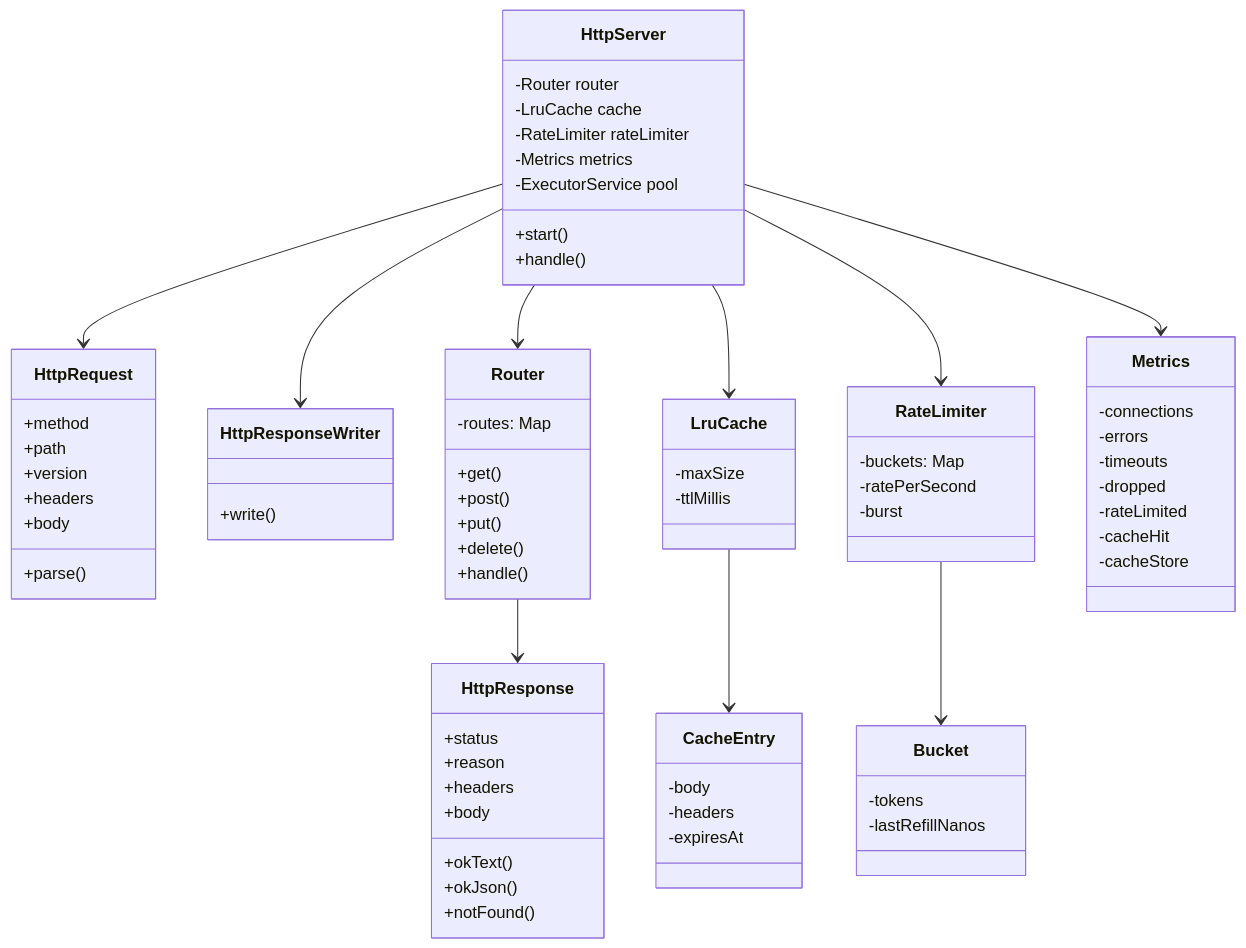
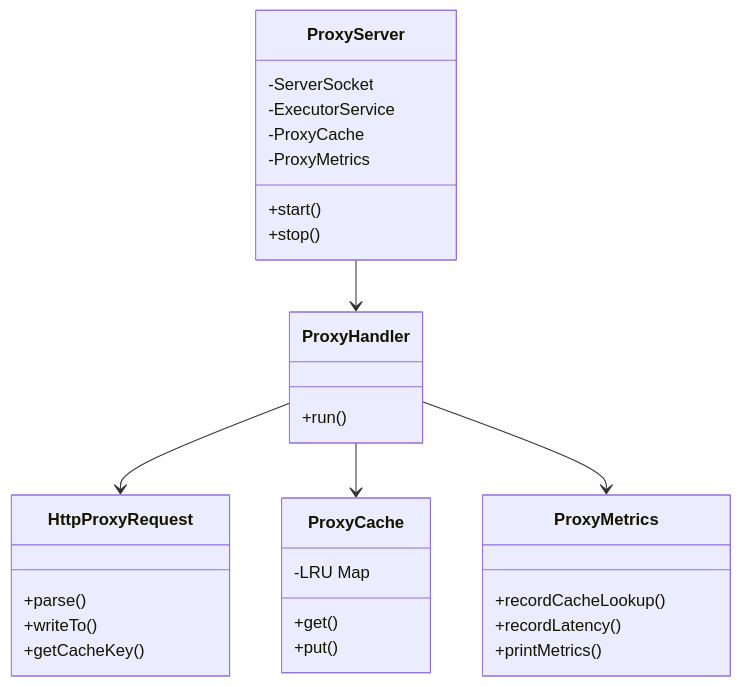
The second of 2 diagrams in readme.md (Sumit-22/Multithreaded-Proxy-Server), drawn with Mermaid before and after one commit. The commit also changed other lines of this file, not shown here.

````diff
--- a/readme.md
+++ b/readme.md
@@ -119,88 +176,38 @@
 ```mermaid
 classDiagram
-
-    class HttpServer{
+    class ProxyServer {
+        -ServerSocket
+        -ExecutorService
+        -ProxyCache
+        -ProxyMetrics
         +start()
-        +handle()
-        -Router router
-        -LruCache cache
-        -RateLimiter rateLimiter
-        -Metrics metrics
-        -ExecutorService pool
+        +stop()
     }
 
-    class HttpRequest{
-        +method
-        +path
-        +version
-        +headers
-        +body
-        +parse()
+    class ProxyHandler {
+        +run()
     }
 
-    class HttpResponse{
-        +status
-        +reason
-        +headers
-        +body
-        +okText()
-        +okJson()
-        +notFound()
+    class HttpProxyRequest {
+        +parse()
+        +writeTo()
+        +getCacheKey()
     }
 
-    class HttpResponseWriter{
-        +write()
+    class ProxyCache {
+        -LRU Map
+        +get()
+        +put()
     }
 
-    class Router{
-        -routes: Map
-        +get()
-        +post()
-        +put()
-        +delete()
-        +handle()
+    class ProxyMetrics {
+        +recordCacheLookup()
+        +recordLatency()
+        +printMetrics()
     }
 
-    class LruCache{
-        -maxSize
-        -ttlMillis
-    }
-
-    class CacheEntry{
-        -body
-        -headers
-        -expiresAt
-    }
-
-    class RateLimiter{
-        -buckets: Map
-        -ratePerSecond
-        -burst
-    }
-
-    class Bucket{
-        -tokens
-        -lastRefillNanos
-    }
-
-    class Metrics{
-        -connections
-        -errors
-        -timeouts
-        -dropped
-        -rateLimited
-        -cacheHit
-        -cacheStore
-    }
-
-    HttpServer --> Router
-    HttpServer --> LruCache
-    HttpServer --> RateLimiter
-    HttpServer --> Metrics
-    HttpServer --> HttpRequest
-    HttpServer --> HttpResponseWriter
-
-    Router --> HttpResponse
-    LruCache --> CacheEntry
-    RateLimiter --> Bucket
+    ProxyServer --> ProxyHandler
+    ProxyHandler --> HttpProxyRequest
+    ProxyHandler --> ProxyCache
+    ProxyHandler --> ProxyMetrics
 ```
````
